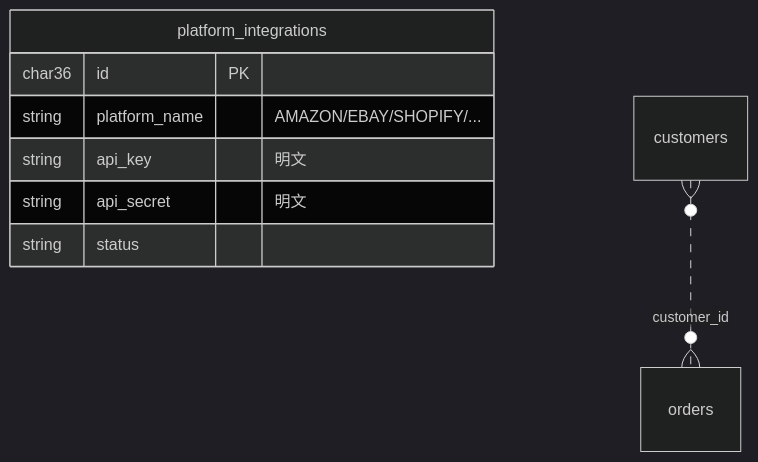
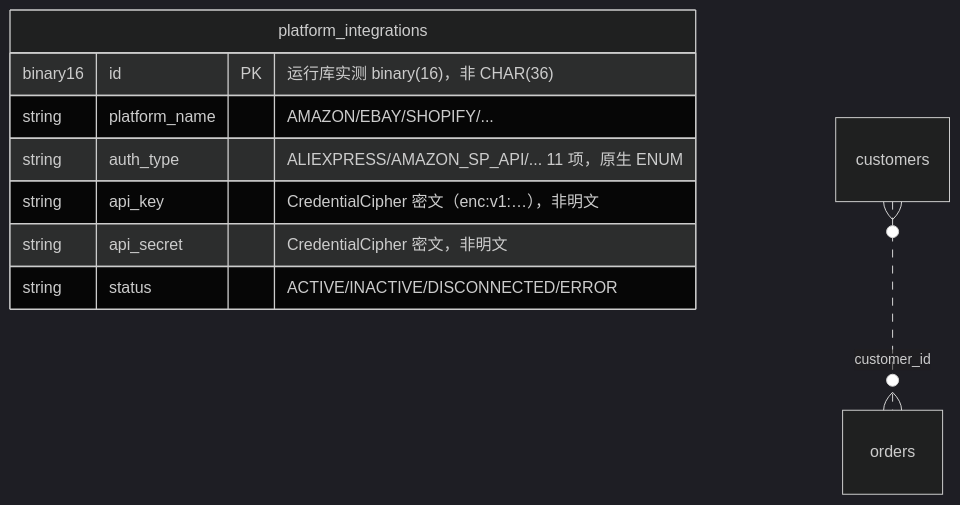
The eighth of 9 diagrams in docs/db/er-diagram.md (kenyonchen/ecommerce-logistics-erp), drawn with Mermaid (dark theme) before and after one commit. The commit also changed other lines of this file and 49 other files, not shown here.

````diff
--- a/docs/db/er-diagram.md
+++ b/docs/db/er-diagram.md
@@ -133,11 +133,12 @@
 ```mermaid
 erDiagram
     platform_integrations {
-        char36  id PK
-        string  platform_name "AMAZON/EBAY/SHOPIFY/..."
-        string  api_key "明文"
-        string  api_secret "明文"
-        string  status
+        binary16 id PK "运行库实测 binary(16)，非 CHAR(36)"
+        string  platform_name "AMAZON/EBAY/SHOPIFY/..." 
+        string  auth_type "ALIEXPRESS/AMAZON_SP_API/... 11 项，原生 ENUM"
+        string  api_key "CredentialCipher 密文（enc:v1:…），非明文"
+        string  api_secret "CredentialCipher 密文，非明文"
+        string  status "ACTIVE/INACTIVE/DISCONNECTED/ERROR"
     }
     customers }o..o{ orders : "customer_id"
 ```
````
